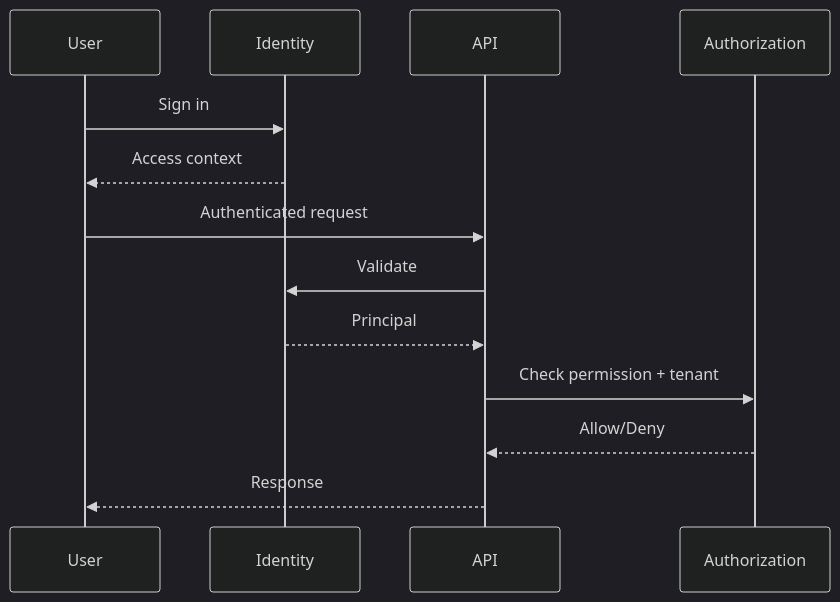
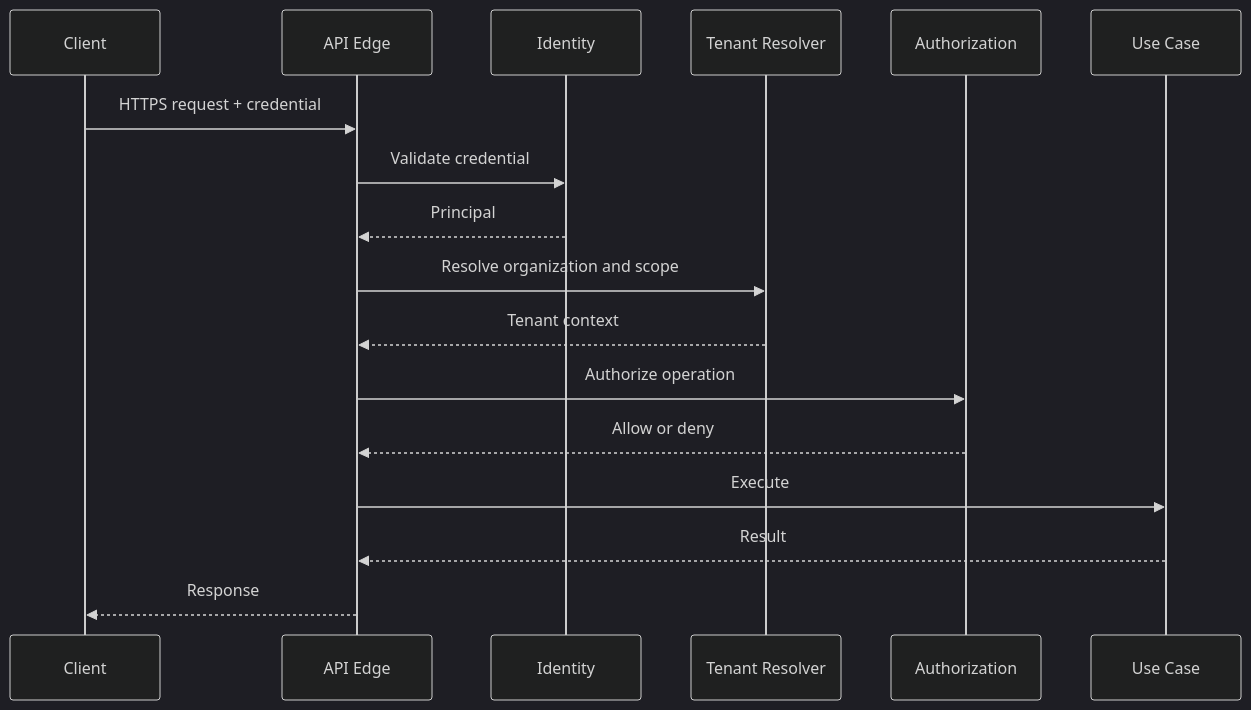
One commit to D-engahmed/OMILINKS changed the first of 2 diagrams in docs/api/authentication.md. Above: the diagram before and after it, drawn with Mermaid (dark theme). The commit also changed other lines of this file, not shown here.

Commit message:
docs: deepen api authentication contract

````diff
--- a/docs/api/authentication.md
+++ b/docs/api/authentication.md
@@ -31,15 +28,19 @@
-```mermaid
+~~~mermaid
 sequenceDiagram
-participant U as User
-participant AUTH as Identity
-participant API
-participant Z as Authorization
-U->>AUTH: Sign in
-AUTH-->>U: Access context
-U->>API: Authenticated request
-API->>AUTH: Validate
-AUTH-->>API: Principal
-API->>Z: Check permission + tenant
-Z-->>API: Allow/Deny
-API-->>U: Response
-```
+    participant C as Client
+    participant E as API Edge
+    participant A as Identity
+    participant T as Tenant Resolver
+    participant Z as Authorization
+    participant U as Use Case
+    C->>E: HTTPS request + credential
+    E->>A: Validate credential
+    A-->>E: Principal
+    E->>T: Resolve organization and scope
+    T-->>E: Tenant context
+    E->>Z: Authorize operation
+    Z-->>E: Allow or deny
+    E->>U: Execute
+    U-->>E: Result
+    E-->>C: Response
+~~~
````
